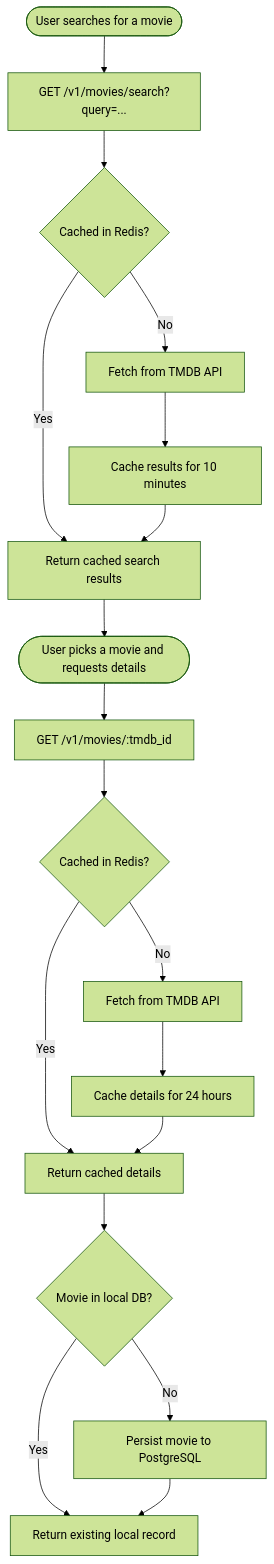
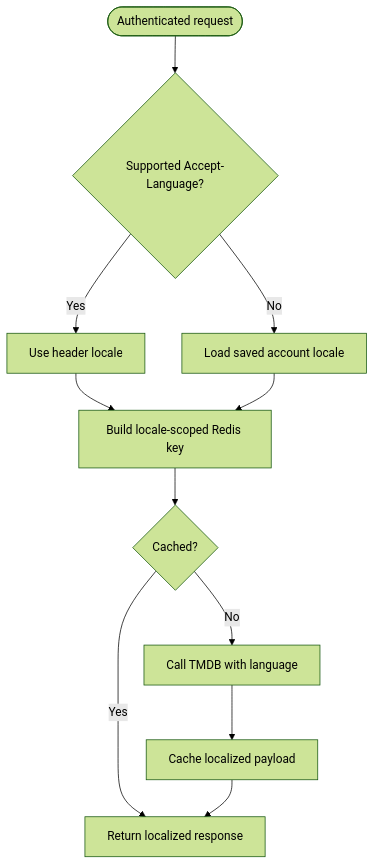
Before and after one commit to benincasantonio/cinelog_server: the diagram in docs/functional/tmdb-service.md, drawn with Mermaid (forest theme). The commit also changed other lines of this file and 48 other files, not shown here.

Commit message:
feat(localization): persist user locale and localize TMDB

````diff
--- a/docs/functional/tmdb-service.md
+++ b/docs/functional/tmdb-service.md
@@ -142,22 +144,13 @@
 ```mermaid
 flowchart TD
-    A([User searches for a movie]) --> B[GET /v1/movies/search?query=...]
-    B --> C{Cached in Redis?}
-    C -- Yes --> D[Return cached search results]
-    C -- No --> E[Fetch from TMDB API]
-    E --> F[Cache results for 10 minutes]
-    F --> D
-
-    D --> G([User picks a movie and requests details])
-    G --> H[GET /v1/movies/:tmdb_id]
-    H --> I{Cached in Redis?}
-    I -- Yes --> J[Return cached details]
-    I -- No --> K[Fetch from TMDB API]
-    K --> L[Cache details for 24 hours]
-    L --> J
-
-    J --> M{Movie in local DB?}
-    M -- Yes --> N[Return existing local record]
-    M -- No --> O[Persist movie to PostgreSQL]
-    O --> N
+    A([Authenticated request]) --> B{Supported Accept-Language?}
+    B -- Yes --> C[Use header locale]
+    B -- No --> D[Load saved account locale]
+    C --> E[Build locale-scoped Redis key]
+    D --> E
+    E --> F{Cached?}
+    F -- Yes --> G[Return localized response]
+    F -- No --> H[Call TMDB with language]
+    H --> I[Cache localized payload]
+    I --> G
 ```
````
